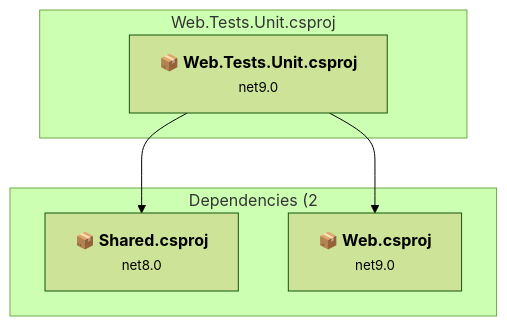
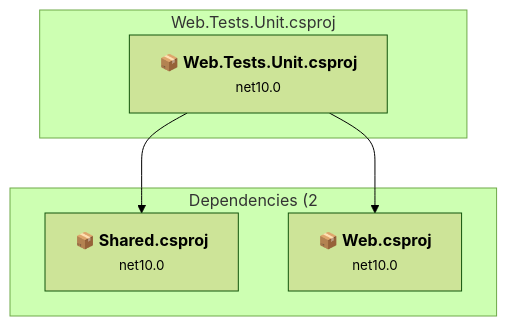
One commit to mpaulosky/ArticlesSite changed the tenth of 10 diagrams in .github/upgrades/assessment.md. Above: the diagram before and after it, drawn with Mermaid (forest theme). The commit also changed other lines of this file and 11 other files, not shown here.

````diff
--- a/.github/upgrades/assessment.md
+++ b/.github/upgrades/assessment.md
@@ -526,16 +517,16 @@
 ```mermaid
 flowchart TB
     subgraph current["Web.Tests.Unit.csproj"]
-        MAIN["<b>📦&nbsp;Web.Tests.Unit.csproj</b><br/><small>net9.0</small>"]
+        MAIN["<b>📦&nbsp;Web.Tests.Unit.csproj</b><br/><small>net10.0</small>"]
         click MAIN "#testswebtestsunitwebtestsunitcsproj"
     end
     subgraph downstream["Dependencies (2"]
-        P4["<b>📦&nbsp;Shared.csproj</b><br/><small>net8.0</small>"]
-        P5["<b>📦&nbsp;Web.csproj</b><br/><small>net9.0</small>"]
+        P4["<b>📦&nbsp;Shared.csproj</b><br/><small>net10.0</small>"]
+        P5["<b>📦&nbsp;Web.csproj</b><br/><small>net10.0</small>"]
         click P4 "#srcsharedsharedcsproj"
         click P5 "#srcwebwebcsproj"
     end
     MAIN --> P4
     MAIN --> P5
 
 ```
````
